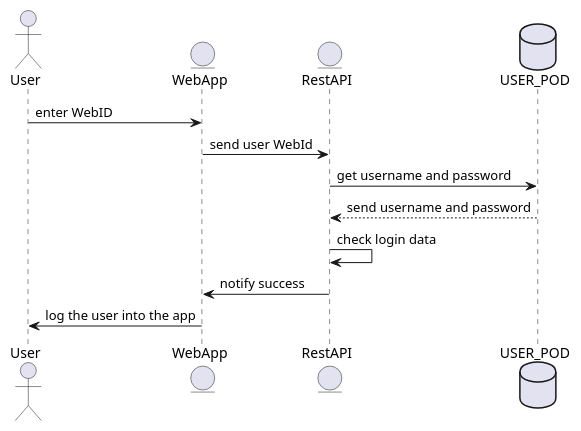
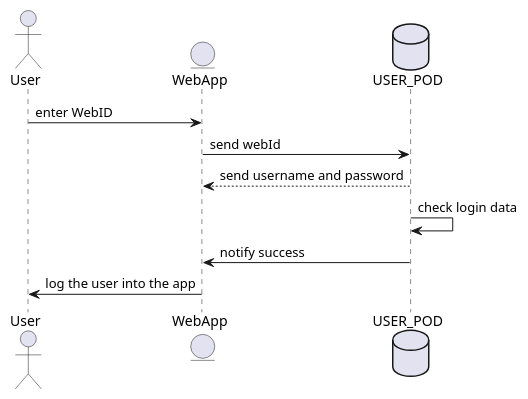
The second of 7 diagrams in docs/06_runtime_view.adoc (Arquisoft/lomap_es5c), drawn with PlantUML before and after one commit. The commit also changed other lines of this file and 6 other files, not shown here.

```diff
--- a/docs/06_runtime_view.adoc
+++ b/docs/06_runtime_view.adoc
@@ -50,15 +48,13 @@
 [plantuml,"login diagram",png]
 ----
 actor User
 entity EntityWeb as "WebApp"
-entity EntityRest as "RestAPI"
 database Pod as "USER_POD"
 
 User -> EntityWeb: enter WebID
-EntityWeb -> EntityRest: send user WebId
-EntityRest -> Pod: get username and password
-Pod --> EntityRest: send username and password
-EntityRest -> EntityRest: check login data
-EntityRest -> EntityWeb: notify success
+EntityWeb -> Pod: send webId
+Pod --> EntityWeb: send username and password
+Pod -> Pod: check login data
+Pod -> EntityWeb: notify success
 EntityWeb -> User: log the user into the app
 ----
```
